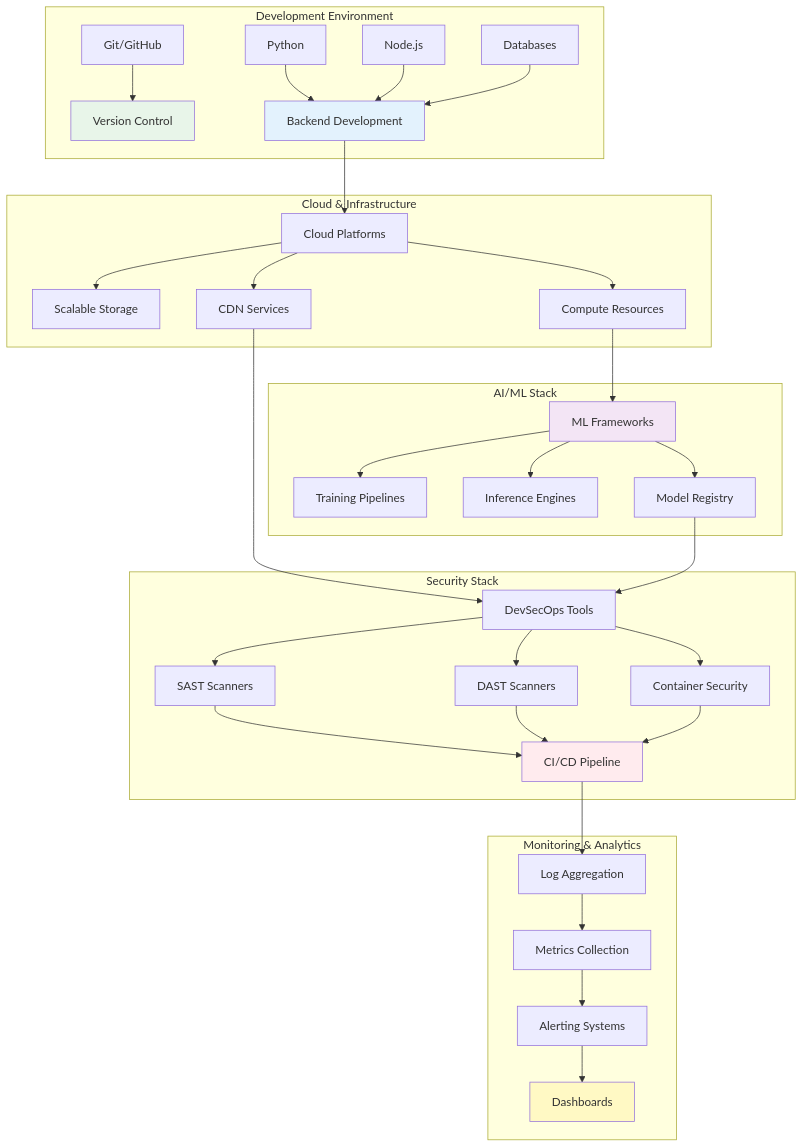
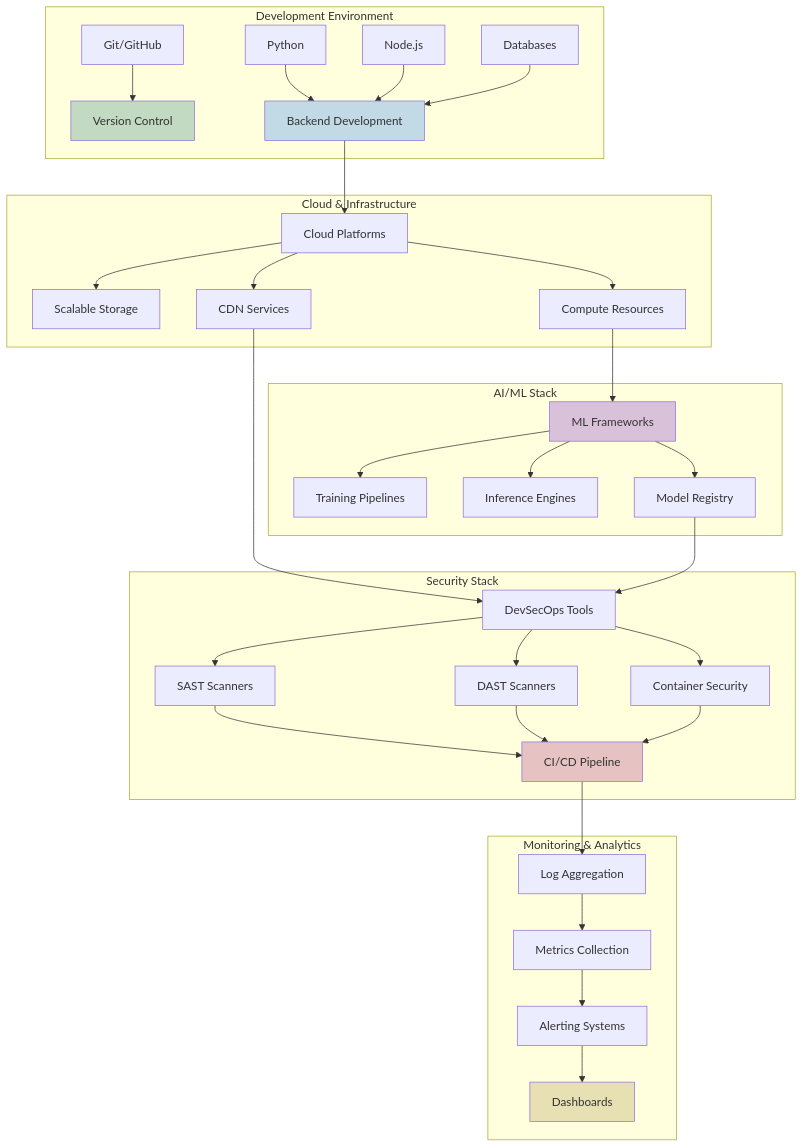
Before and after one commit to Tim-Spurlin/RESUME-of-Timothy-Spurlin: diagram 21 of 24 in README.md, drawn with Mermaid. The commit also changed other lines of this file, not shown here.

Commit message:
Replace bright Mermaid diagram colors with muted professional tones

````diff
--- a/README.md
+++ b/README.md
@@ -854,48 +854,48 @@
 ```mermaid
 graph TD
     subgraph "Development Environment"
         A[Git/GitHub] --> B[Version Control]
         C[Python] --> D[Backend Development]
         E[Node.js] --> D
         F[Databases] --> D
     end
     
     subgraph "Cloud & Infrastructure"
         D --> G[Cloud Platforms]
         G --> H[Scalable Storage]
         G --> I[Compute Resources]
         G --> J[CDN Services]
     end
     
     subgraph "AI/ML Stack"
         I --> K[ML Frameworks]
         K --> L[Training Pipelines]
         K --> M[Inference Engines]
         K --> N[Model Registry]
     end
     
     subgraph "Security Stack"
         O[DevSecOps Tools] --> P[SAST Scanners]
         O --> Q[DAST Scanners]
         O --> R[Container Security]
         P --> S[CI/CD Pipeline]
         Q --> S
         R --> S
     end
     
     subgraph "Monitoring & Analytics"
         S --> T[Log Aggregation]
         T --> U[Metrics Collection]
         U --> V[Alerting Systems]
         V --> W[Dashboards]
     end
     
     J --> O
     N --> O
     
-    style B fill:#e8f5e9
-    style D fill:#e3f2fd
-    style K fill:#f3e5f5
-    style S fill:#ffebee
-    style W fill:#fff9c4
+    style B fill:#c2d9c2
+    style D fill:#c2d9e6
+    style K fill:#d9c2d9
+    style S fill:#e6c2c2
+    style W fill:#e6e0b3
 ```
````
